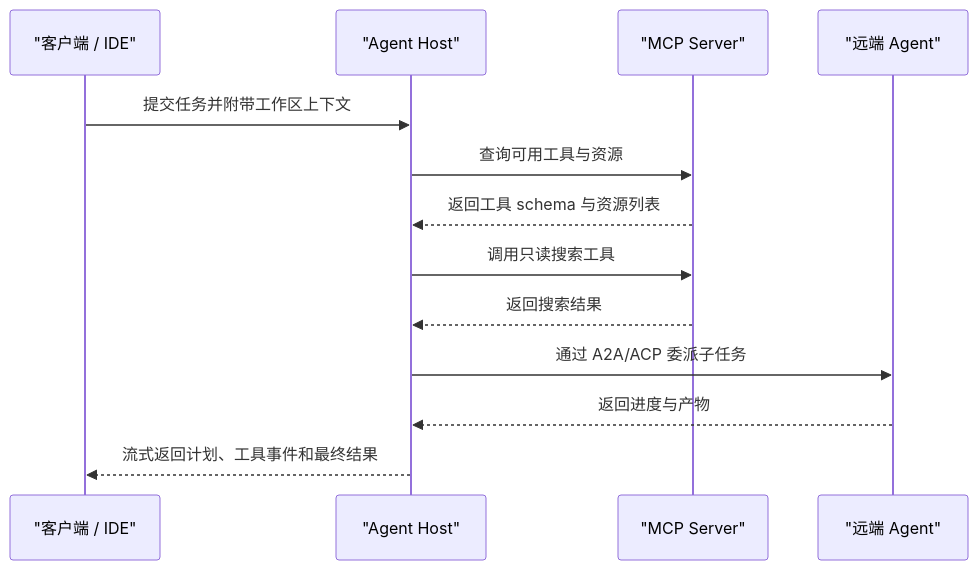
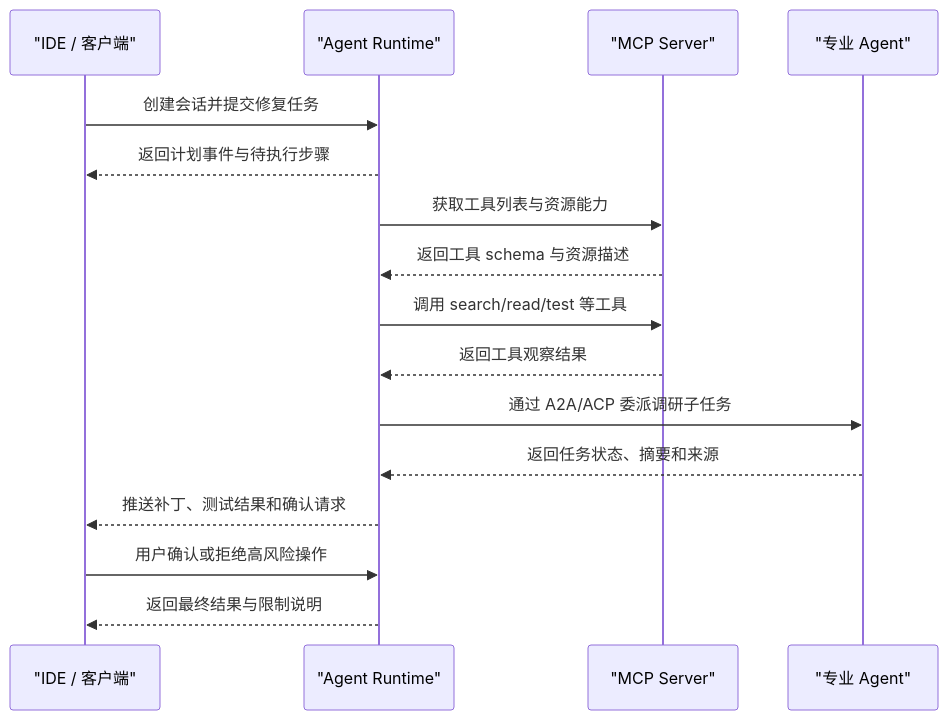
One commit to Doge2077/liyyro changed the diagram in docs/AI/Agent/Agent基础/Agent协议.md. Above: the diagram before and after it, drawn with Mermaid. The commit also changed other lines of this file and 5 other files, not shown here.

Commit message:
improve Agent docs and enable Mermaid

````diff
--- a/docs/AI/Agent/Agent基础/Agent协议.md
+++ b/docs/AI/Agent/Agent基础/Agent协议.md
@@ -57,15 +61,18 @@
 ```mermaid
 sequenceDiagram
-  participant Client as "客户端 / IDE"
-  participant Host as "Agent Host"
+  participant UI as "IDE / 客户端"
+  participant Host as "Agent Runtime"
   participant MCP as "MCP Server"
-  participant Peer as "远端 Agent"
-  Client->>Host: 提交任务并附带工作区上下文
-  Host->>MCP: 查询可用工具与资源
-  MCP-->>Host: 返回工具 schema 与资源列表
-  Host->>MCP: 调用只读搜索工具
-  MCP-->>Host: 返回搜索结果
-  Host->>Peer: 通过 A2A/ACP 委派子任务
-  Peer-->>Host: 返回进度与产物
-  Host-->>Client: 流式返回计划、工具事件和最终结果
+  participant Peer as "专业 Agent"
+  UI->>Host: 创建会话并提交修复任务
+  Host-->>UI: 返回计划事件与待执行步骤
+  Host->>MCP: 获取工具列表与资源能力
+  MCP-->>Host: 返回工具 schema 与资源描述
+  Host->>MCP: 调用 search/read/test 等工具
+  MCP-->>Host: 返回工具观察结果
+  Host->>Peer: 通过 A2A/ACP 委派调研子任务
+  Peer-->>Host: 返回任务状态、摘要和来源
+  Host-->>UI: 推送补丁、测试结果和确认请求
+  UI->>Host: 用户确认或拒绝高风险操作
+  Host-->>UI: 返回最终结果与限制说明
 ```
````
